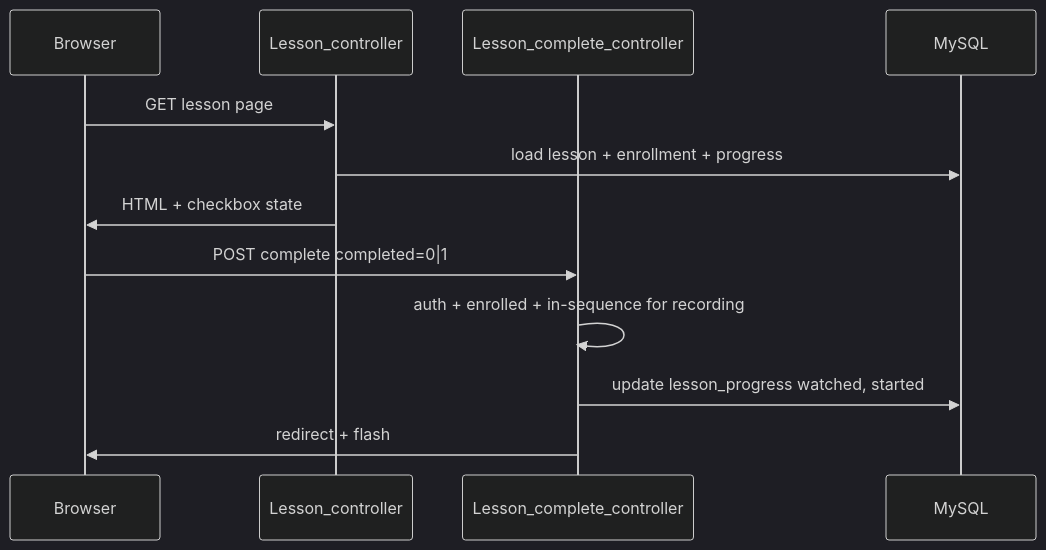
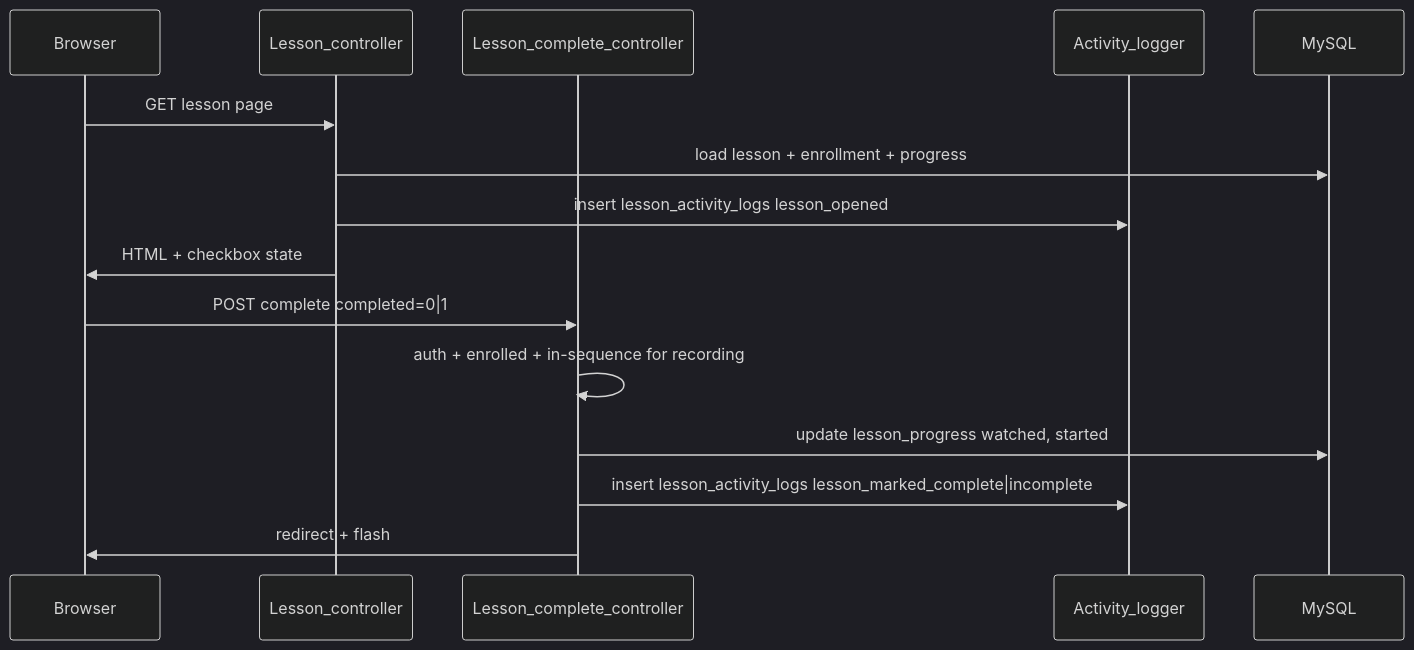
One commit to ThawHtooZin/protech_learning changed the first of 3 diagrams in docs/sequence-critical-flows.md. Above: the diagram before and after it, drawn with Mermaid (dark theme). The commit also changed other lines of this file and 57 other files, not shown here.

Commit message:
Added more Features and Edited Learning Flow

````diff
--- a/docs/sequence-critical-flows.md
+++ b/docs/sequence-critical-flows.md
@@ -13,14 +13,17 @@
 ```mermaid
 sequenceDiagram
   participant Browser
   participant LessonPage as Lesson_controller
   participant Complete as Lesson_complete_controller
+  participant Monitor as Activity_logger
   participant DB as MySQL
   Browser ->> LessonPage: GET lesson page
   LessonPage ->> DB: load lesson + enrollment + progress
+  LessonPage ->> Monitor: insert lesson_activity_logs lesson_opened
   LessonPage ->> Browser: HTML + checkbox state
   Browser ->> Complete: POST complete completed=0|1
   Complete ->> Complete: auth + enrolled + in-sequence for recording
   Complete ->> DB: update lesson_progress watched, started
+  Complete ->> Monitor: insert lesson_activity_logs lesson_marked_complete|incomplete
   Complete ->> Browser: redirect + flash
 ```
````
